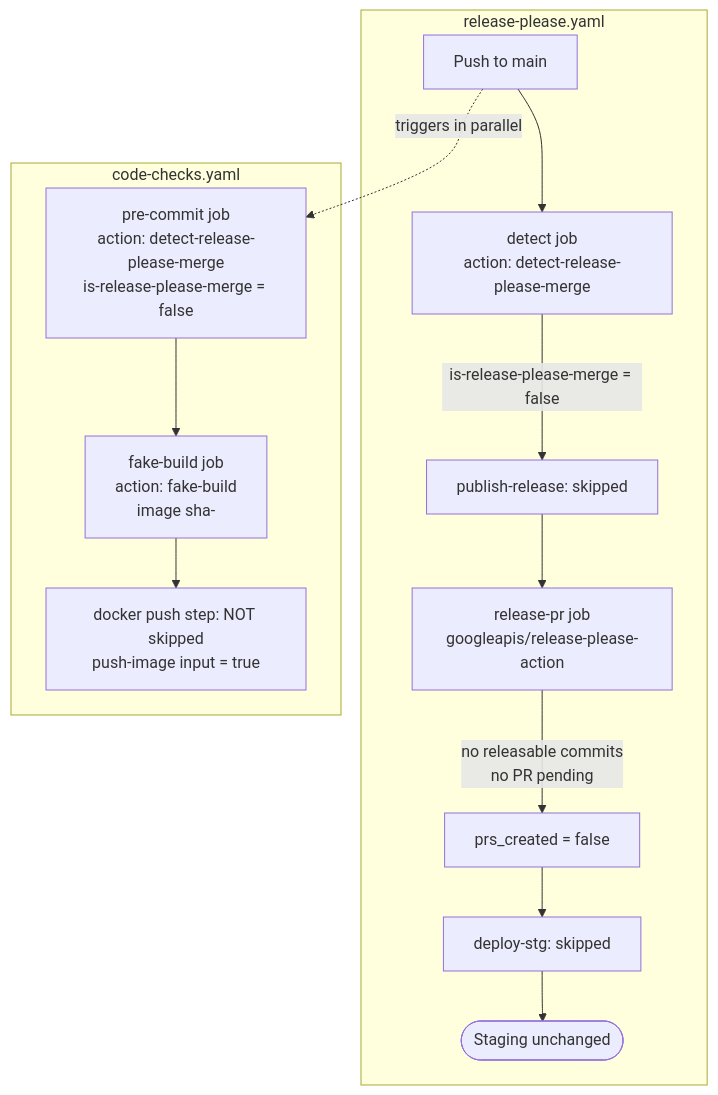
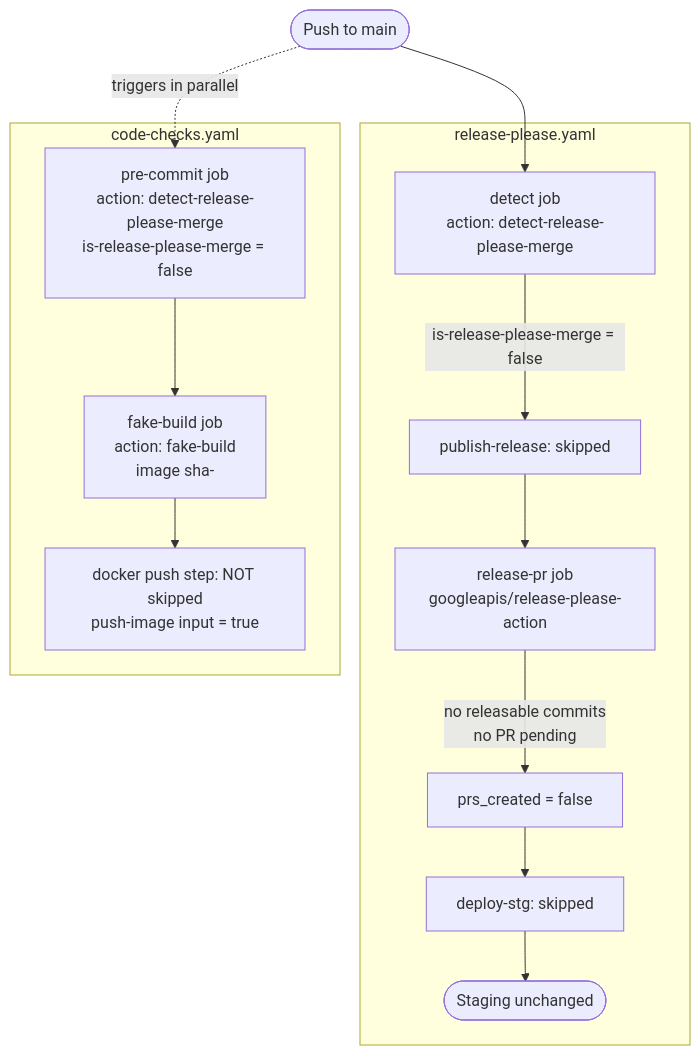
The first of 3 diagrams in docs/functional-workflows.md (looztra/release-please-sandbox), drawn with Mermaid before and after one commit. The commit also changed other lines of this file, not shown here.

Commit message:
feat(docs): enhance functional workflows documentation with clearer mermaid diagrams for CI processes

````diff
--- a/docs/functional-workflows.md
+++ b/docs/functional-workflows.md
@@ -14,19 +14,22 @@
 ```mermaid
 flowchart TD
+    EVT([Push to main])
+
     subgraph RP[release-please.yaml]
-        A[Push to main] --> B[detect job\naction: detect-release-please-merge]
+        B[detect job\naction: detect-release-please-merge]
         B -->|is-release-please-merge = false| C[publish-release: skipped]
         C --> D[release-pr job\ngoogleapis/release-please-action]
         D -->|no releasable commits\nno PR pending| E[prs_created = false]
         E --> F[deploy-stg: skipped]
         F --> G([Staging unchanged])
     end
 
     subgraph CC[code-checks.yaml]
         H[pre-commit job\naction: detect-release-please-merge\nis-release-please-merge = false]
         H --> H1[fake-build job\naction: fake-build\nimage sha-<commit-sha>]
         H1 --> H2[docker push step: NOT skipped\npush-image input = true]
     end
 
-    A -.triggers in parallel.-> H
+    EVT --> B
+    EVT -.triggers in parallel.-> H
 ```
````
